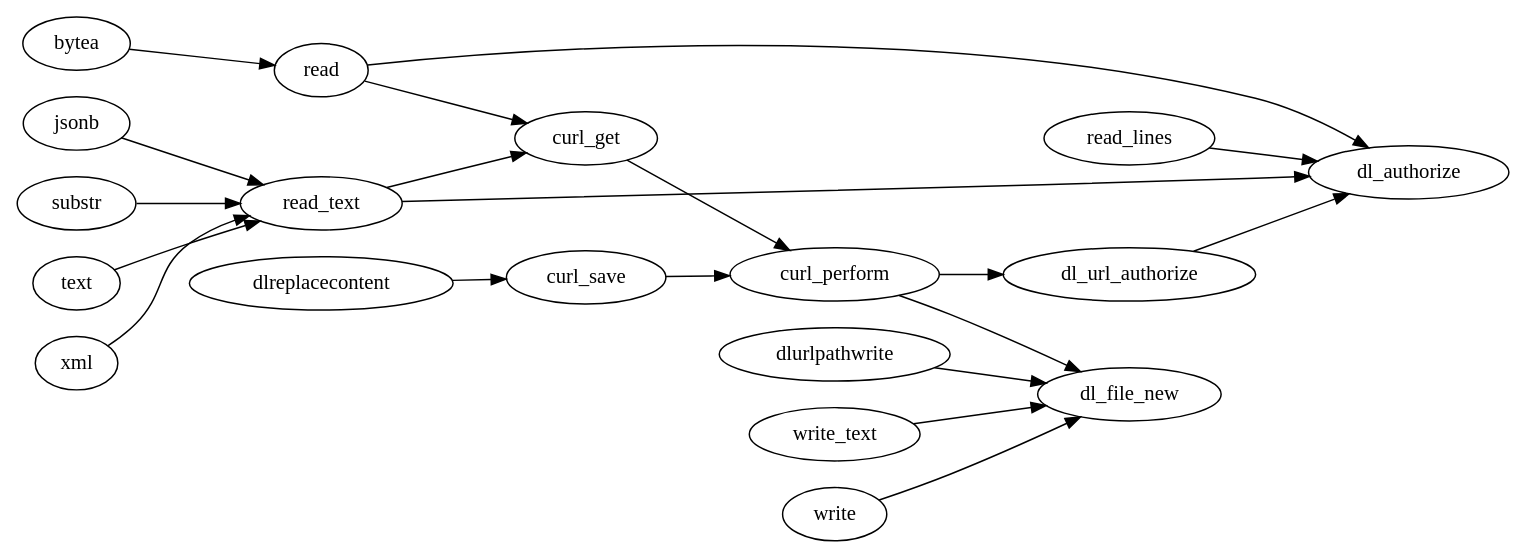
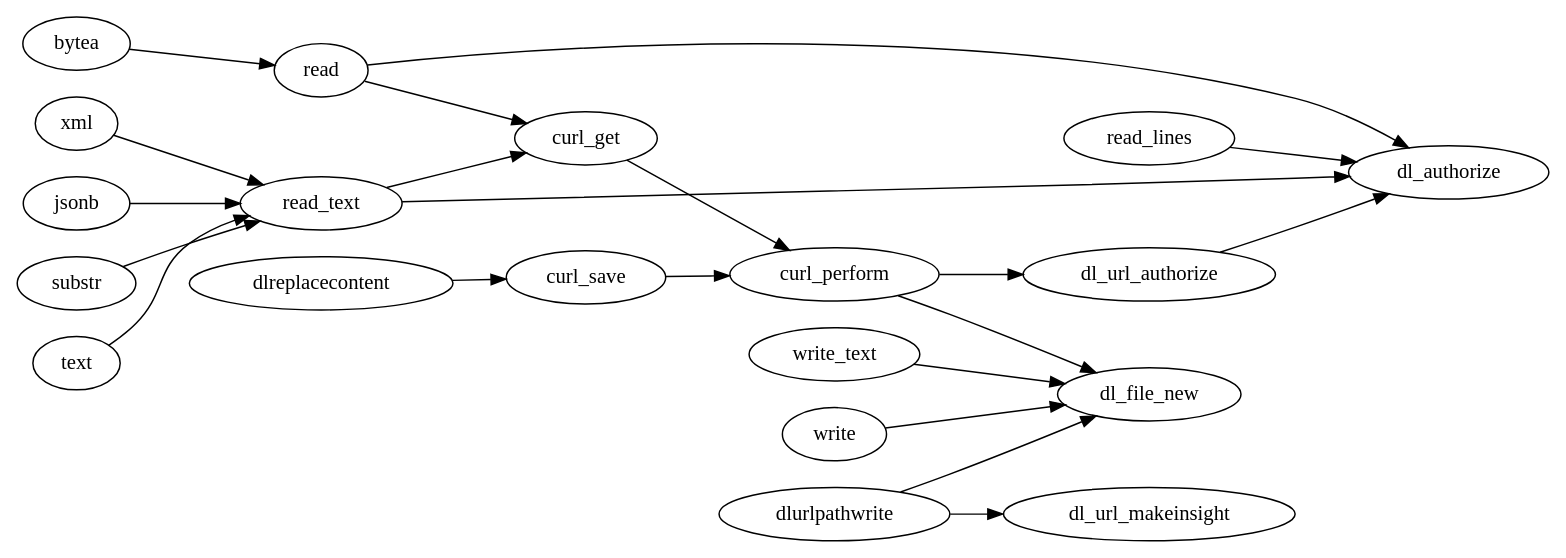
One commit to lacanoid/datalink changed the diagram in docs/functions.gv. Above: the diagram before and after it, drawn with Graphviz. The commit also changed 4 other files, not shown here.

Commit message:
dl_vacuum, dl_url_makeinsight

```diff
--- a/docs/functions.gv
+++ b/docs/functions.gv
@@ -1,32 +1,35 @@
 digraph G {
   rankdir = LR;
 
   dl_authorize;
+  dl_url_makeinsight;
+  
     dl_url_authorize -> dl_authorize;
       dl_file_new;
 
   read_text -> dl_authorize;
     read -> dl_authorize;
       read_lines -> dl_authorize;
 
   curl_perform -> dl_url_authorize;
     curl_perform -> dl_file_new;
       curl_get -> curl_perform;
         curl_save -> curl_perform;
 
   read -> curl_get;
     read_text -> curl_get;
 
   substr -> read_text;
     text -> read_text;
       xml -> read_text;
         jsonb -> read_text;
 	  bytea -> read;
 
   dlreplacecontent -> curl_save;
     dlurlpathwrite -> dl_file_new;
+    dlurlpathwrite -> dl_url_makeinsight;
 
   write_text -> dl_file_new;
     write -> dl_file_new;
 
 }
```
